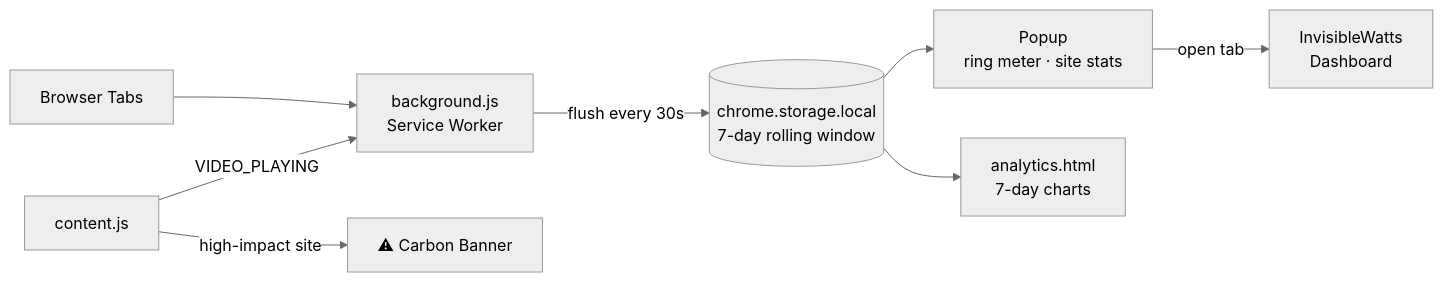
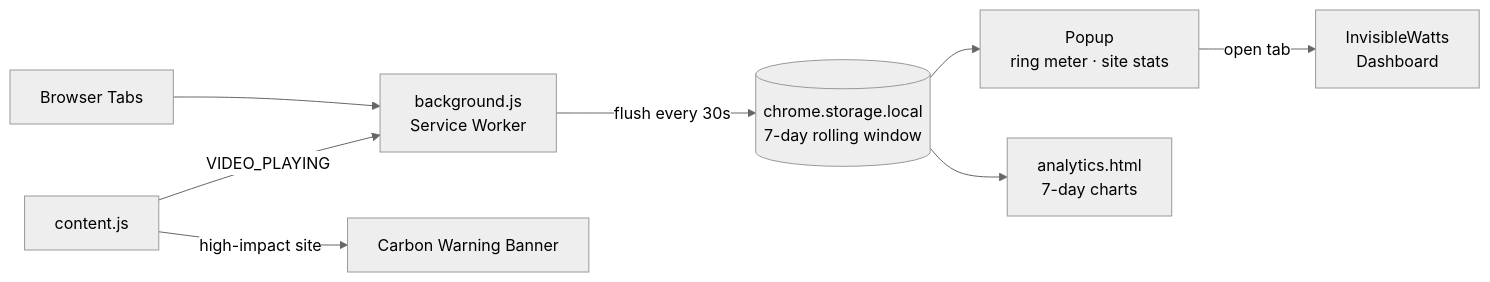
One commit to manasdutta04/invisiblewatts changed the second of 3 diagrams in README.md. Above: the diagram before and after it, drawn with Mermaid (neutral theme). The commit also changed other lines of this file, not shown here.

Commit message:
fix: Improve flowchart formatting in README for better readability

````diff
--- a/README.md
+++ b/README.md
@@ -95,10 +95,10 @@
 ```mermaid
 flowchart LR
-    T[Browser Tabs] --> BG[background.js\nService Worker]
+    T[Browser Tabs] --> BG["background.js<br/>Service Worker"]
     CS[content.js] -->|VIDEO_PLAYING| BG
-    BG -->|flush every 30s| ST[(chrome.storage.local\n7-day rolling window)]
-    CS -->|high-impact site| BN[⚠ Carbon Banner]
-    ST --> POP[Popup\nring meter · site stats]
-    ST --> ANA[analytics.html\n7-day charts]
-    POP -->|open tab| DASH[InvisibleWatts\nDashboard]
+    BG -->|flush every 30s| ST[("chrome.storage.local<br/>7-day rolling window")]
+    CS -->|high-impact site| BN[Carbon Warning Banner]
+    ST --> POP["Popup<br/>ring meter · site stats"]
+    ST --> ANA["analytics.html<br/>7-day charts"]
+    POP -->|open tab| DASH["InvisibleWatts<br/>Dashboard"]
 ```
````
